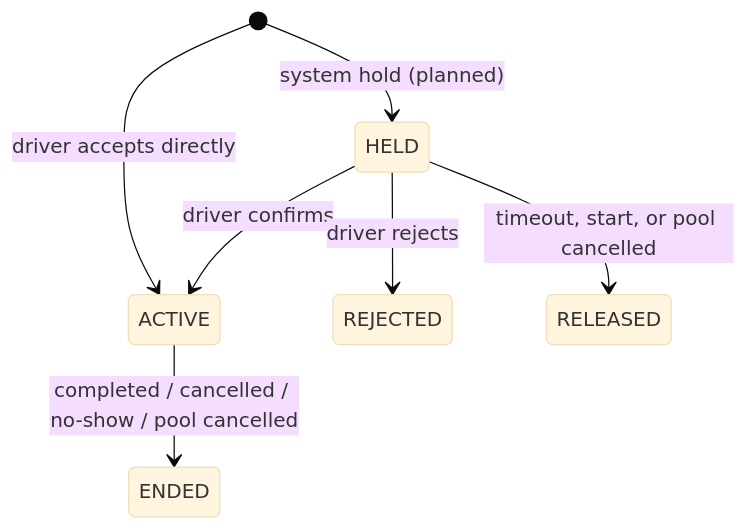
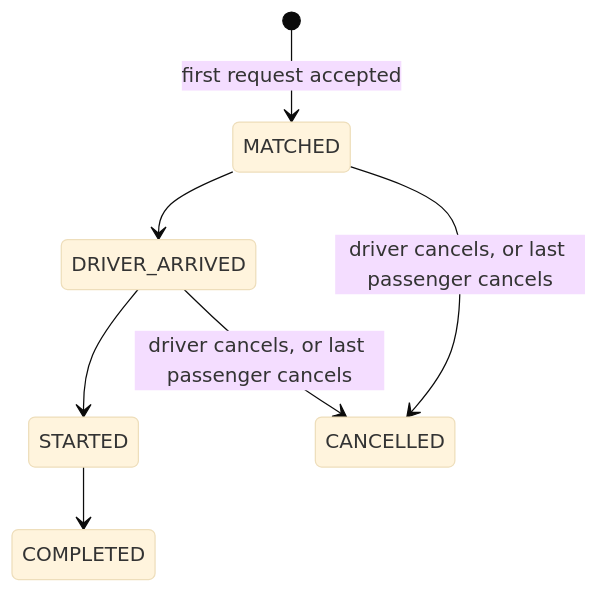
Before and after one commit to istiak133/Tesla: the second of 2 diagrams in docs/state-machine.md, drawn with Mermaid (base theme). The commit also changed other lines of this file and 2 other files, not shown here.

Commit message:
docs(driver): document the trip lifecycle and final state machine

````diff
--- a/docs/state-machine.md
+++ b/docs/state-machine.md
@@ -60,9 +37,9 @@
 ```mermaid
 stateDiagram-v2
-    [*] --> HELD: system hold (planned)
-    [*] --> ACTIVE: driver accepts directly
-    HELD --> ACTIVE: driver confirms
-    HELD --> REJECTED: driver rejects
-    HELD --> RELEASED: timeout, start, or pool cancelled
-    ACTIVE --> ENDED: completed / cancelled / no-show / pool cancelled
+    [*] --> MATCHED: first request accepted
+    MATCHED --> DRIVER_ARRIVED
+    DRIVER_ARRIVED --> STARTED
+    STARTED --> COMPLETED
+    MATCHED --> CANCELLED: driver cancels, or last passenger cancels
+    DRIVER_ARRIVED --> CANCELLED: driver cancels, or last passenger cancels
 ```
````
